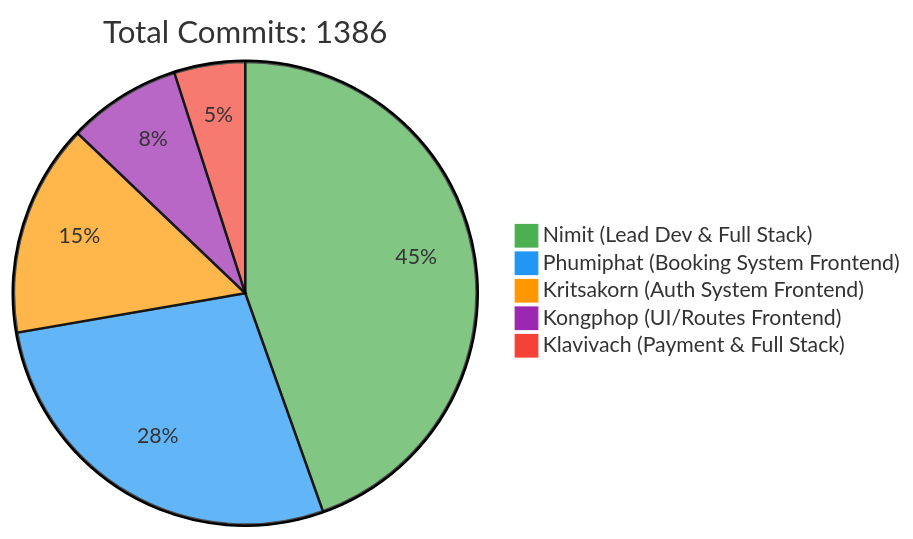
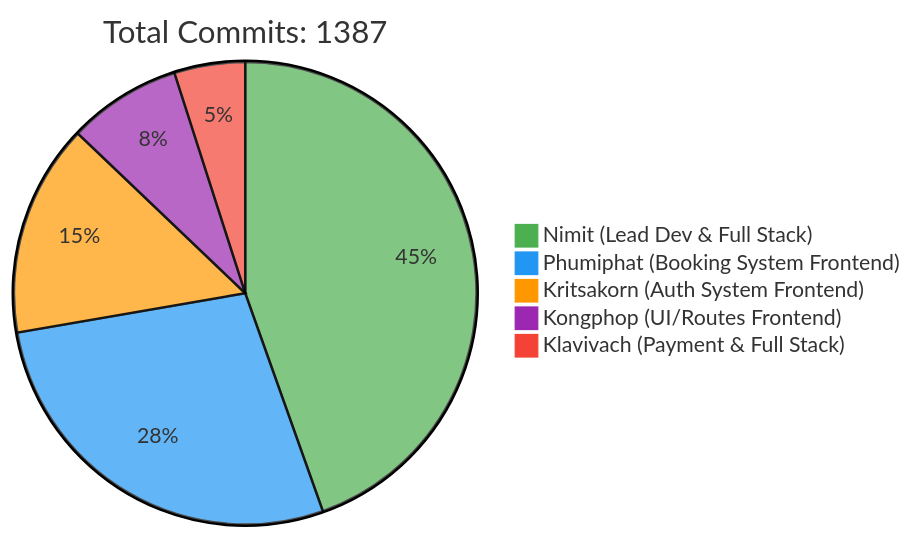
The first of 2 diagrams in README.md (6531503042/Sport-Complex), drawn with Mermaid before and after one commit. The commit also changed other lines of this file, not shown here.

Commit message:
docs: Update contributor statistics [skip ci]

````diff
--- a/README.md
+++ b/README.md
@@ -257,10 +257,10 @@
 ```mermaid
 %%{init: {'theme': 'base', 'themeVariables': { 'pie1': '#4CAF50', 'pie2': '#2196F3', 'pie3': '#FF9800', 'pie4': '#9C27B0', 'pie5': '#F44336'}}}%%
 pie
-    title Total Commits: 1386
+    title Total Commits: 1387
     "Nimit (Lead Dev & Full Stack)" : 450
     "Phumiphat (Booking System Frontend)" : 280
     "Kritsakorn (Auth System Frontend)" : 150
     "Kongphop (UI/Routes Frontend)" : 80
     "Klavivach (Payment & Full Stack)" : 50
 ```
````
